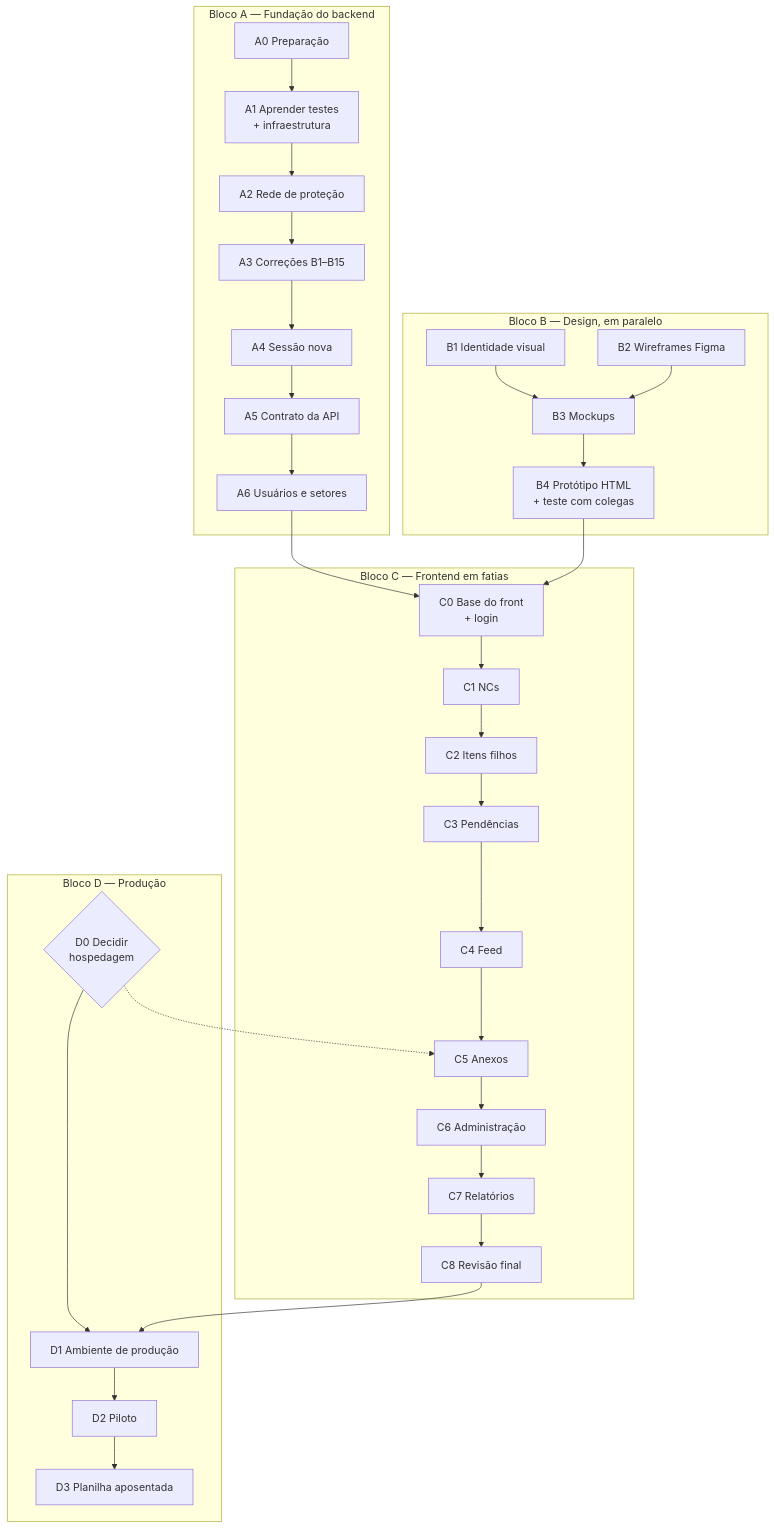
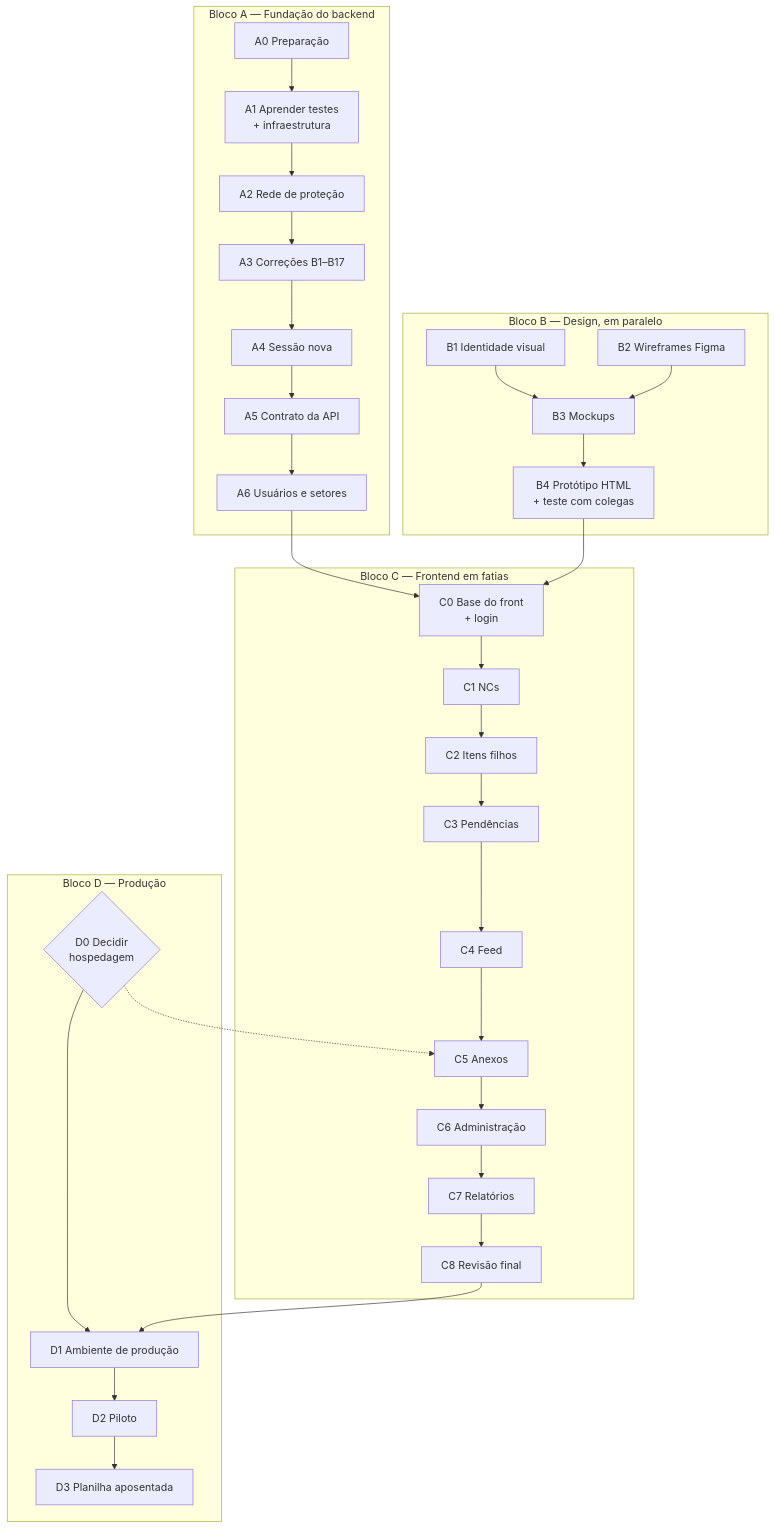
One commit to fellipemnds/qualityhub changed the diagram in docs/plano-implementacao.md. Above: the diagram before and after it, drawn with Mermaid. The commit also changed other lines of this file and 4 other files, not shown here.

````diff
--- a/docs/plano-implementacao.md
+++ b/docs/plano-implementacao.md
@@ -45,39 +45,39 @@
 ```mermaid
 flowchart TD
     subgraph A[Bloco A — Fundação do backend]
         A0[A0 Preparação] --> A1[A1 Aprender testes<br/>+ infraestrutura]
         A1 --> A2[A2 Rede de proteção]
-        A2 --> A3[A3 Correções B1–B15]
+        A2 --> A3[A3 Correções B1–B17]
         A3 --> A4[A4 Sessão nova]
         A4 --> A5[A5 Contrato da API]
         A5 --> A6[A6 Usuários e setores]
     end
 
     subgraph B[Bloco B — Design, em paralelo]
         B1[B1 Identidade visual] --> B3
         B2[B2 Wireframes Figma] --> B3[B3 Mockups]
         B3 --> B4[B4 Protótipo HTML<br/>+ teste com colegas]
     end
 
     subgraph C[Bloco C — Frontend em fatias]
         C0[C0 Base do front<br/>+ login] --> C1[C1 NCs]
         C1 --> C2[C2 Itens filhos]
         C2 --> C3[C3 Pendências]
         C3 --> C4[C4 Feed]
         C4 --> C5[C5 Anexos]
         C5 --> C6[C6 Administração]
         C6 --> C7[C7 Relatórios]
         C7 --> C8[C8 Revisão final]
     end
 
     subgraph D[Bloco D — Produção]
         D0{D0 Decidir<br/>hospedagem} --> D1[D1 Ambiente de produção]
         D1 --> D2[D2 Piloto]
         D2 --> D3[D3 Planilha aposentada]
     end
 
     A6 --> C0
     B4 --> C0
     D0 -.-> C5
     C8 --> D1
 ```
````
